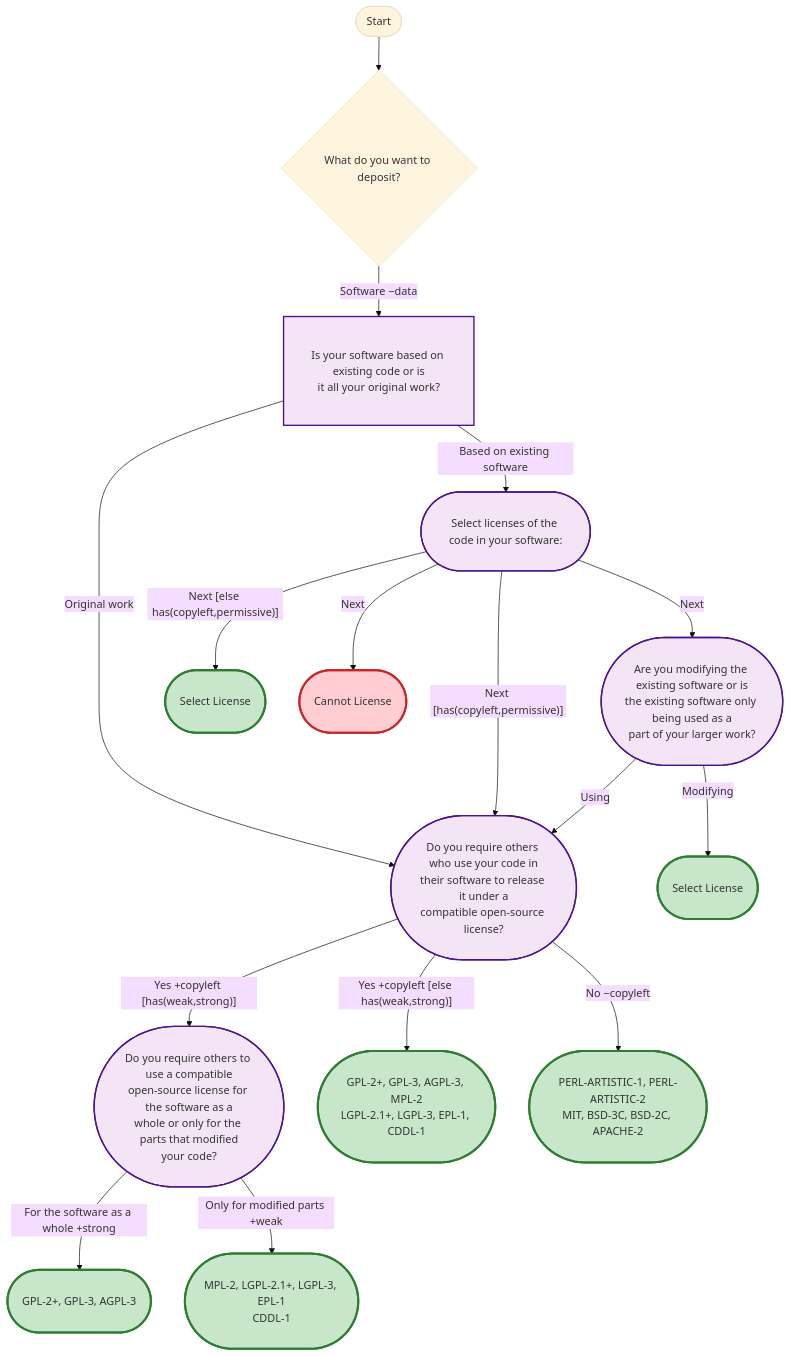
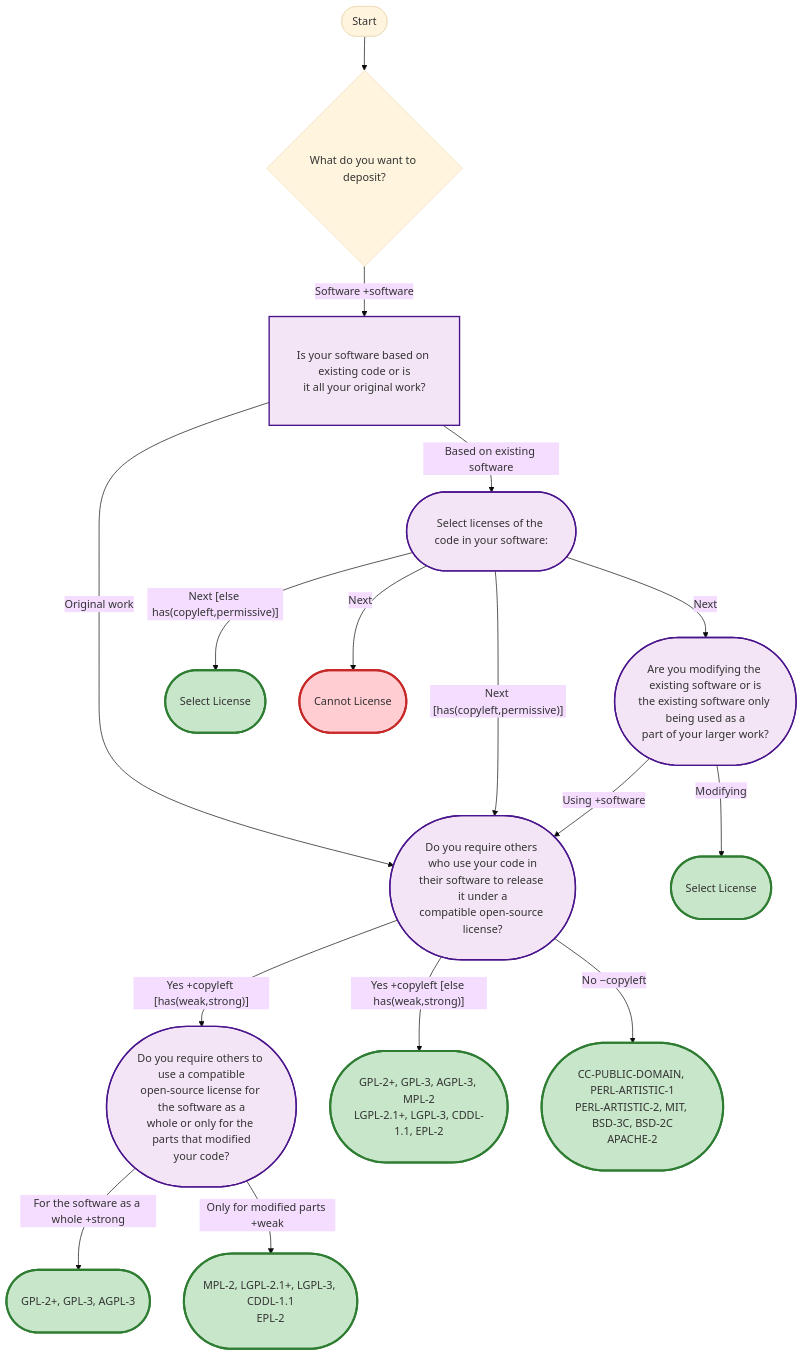
The third of 3 diagrams in docs/state-graph.md (kosarko/public-license-selector), drawn with Mermaid before and after one commit. The commit also changed other lines of this file and 1 other file, not shown here.

Commit message:
fix dissappearing PD
cc-public-domain is in both software and data, if we have the
KindOfContent with excludes it removes the PD license from both branches

````diff
--- a/docs/state-graph.md
+++ b/docs/state-graph.md
@@ -207,62 +207,63 @@
 ```mermaid
 %%{init: {'theme':'base', 'themeVariables': { 'fontSize':'16px'}, 'flowchart':{'curve':'basis', 'padding':20}}}%%
 flowchart TD
     Start([Start]) --> KindOfContent
 
     KindOfContent{"What do you want to deposit?"}
     YourSoftware["Is your software based on existing code or is
 it all your original work?"]
     class YourSoftware softwarePath
     LicenseInteropSoftware(["Select licenses of the code in your software:"])
     class LicenseInteropSoftware softwarePath
     ModifyingOrUsing(["Are you modifying the existing software or is
 the existing software only being used as a
 part of your larger work?"])
     class ModifyingOrUsing softwarePath
     Copyleft(["Do you require others who use your code in
 their software to release it under a
 compatible open-source license?"])
     class Copyleft softwarePath
     StrongCopyleft(["Do you require others to use a compatible
 open-source license for the software as a
 whole or only for the parts that modified
 your code?"])
     class StrongCopyleft softwarePath
 
-    KindOfContent -->|"Software −data"| YourSoftware
+    KindOfContent -->|"Software +software"| YourSoftware
     YourSoftware -->|"Based on existing software"| LicenseInteropSoftware
     YourSoftware -->|"Original work"| Copyleft
     LicenseInteropSoftware -->|"Next [has(copyleft,permissive)]"| Copyleft
     LicenseInteropSoftware -->|"Next"| ModifyingOrUsing
-    ModifyingOrUsing -->|"Using"| Copyleft
+    ModifyingOrUsing -->|"Using +software"| Copyleft
     Copyleft -->|"Yes +copyleft [has(weak,strong)]"| StrongCopyleft
     LicenseInteropSoftware -->|"Next [else has(copyleft,permissive)]"| Term_0
     Term_0(["Select License"])
     class Term_0 terminalNode
     LicenseInteropSoftware -->|"Next"| CannotLicense
     CannotLicense(["Cannot License"])
     class CannotLicense errorNode
     ModifyingOrUsing -->|"Modifying"| Term_2
     Term_2(["Select License"])
     class Term_2 terminalNode
     Copyleft -->|"Yes +copyleft [else has(weak,strong)]"| Term_3
     Term_3(["GPL-2+, GPL-3, AGPL-3, MPL-2
-LGPL-2.1+, LGPL-3, EPL-1, CDDL-1"])
+LGPL-2.1+, LGPL-3, CDDL-1.1, EPL-2"])
     class Term_3 terminalNode
     Copyleft -->|"No −copyleft"| Term_4
-    Term_4(["PERL-ARTISTIC-1, PERL-ARTISTIC-2
-MIT, BSD-3C, BSD-2C, APACHE-2"])
+    Term_4(["CC-PUBLIC-DOMAIN, PERL-ARTISTIC-1
+PERL-ARTISTIC-2, MIT, BSD-3C, BSD-2C
+APACHE-2"])
     class Term_4 terminalNode
     StrongCopyleft -->|"For the software as a whole +strong"| Term_5
     Term_5(["GPL-2+, GPL-3, AGPL-3"])
     class Term_5 terminalNode
     StrongCopyleft -->|"Only for modified parts +weak"| Term_6
-    Term_6(["MPL-2, LGPL-2.1+, LGPL-3, EPL-1
-CDDL-1"])
+    Term_6(["MPL-2, LGPL-2.1+, LGPL-3, CDDL-1.1
+EPL-2"])
     class Term_6 terminalNode
 
     classDef dataPath fill:#e1f5ff,stroke:#01579b,stroke-width:2px,padding:15px,min-width:250px
     classDef softwarePath fill:#f3e5f5,stroke:#4a148c,stroke-width:2px,padding:15px,min-width:250px
     classDef terminalNode fill:#c8e6c9,stroke:#2e7d32,stroke-width:3px,padding:15px
     classDef errorNode fill:#ffcdd2,stroke:#c62828,stroke-width:3px,padding:15px
 ```
````
